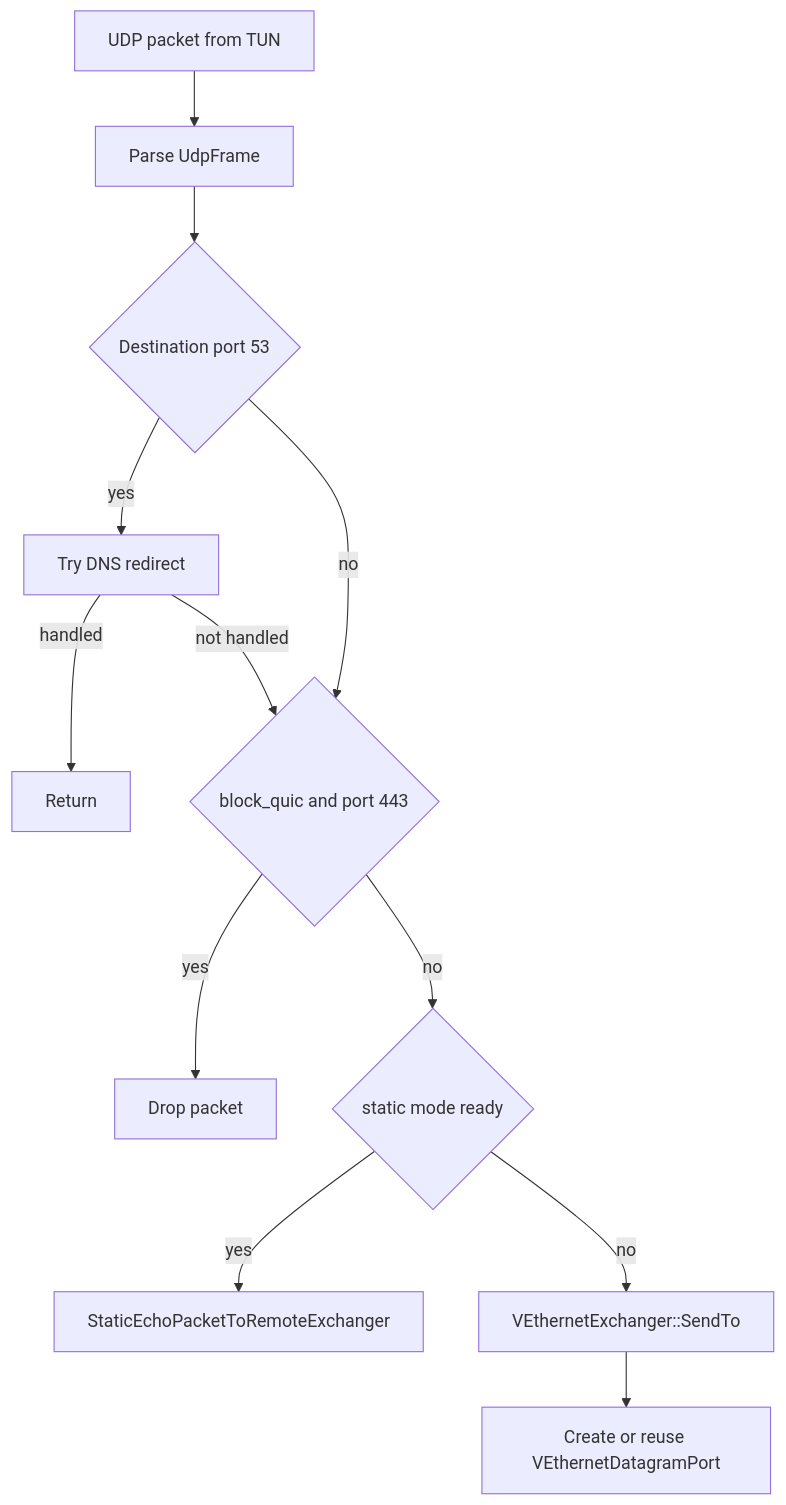
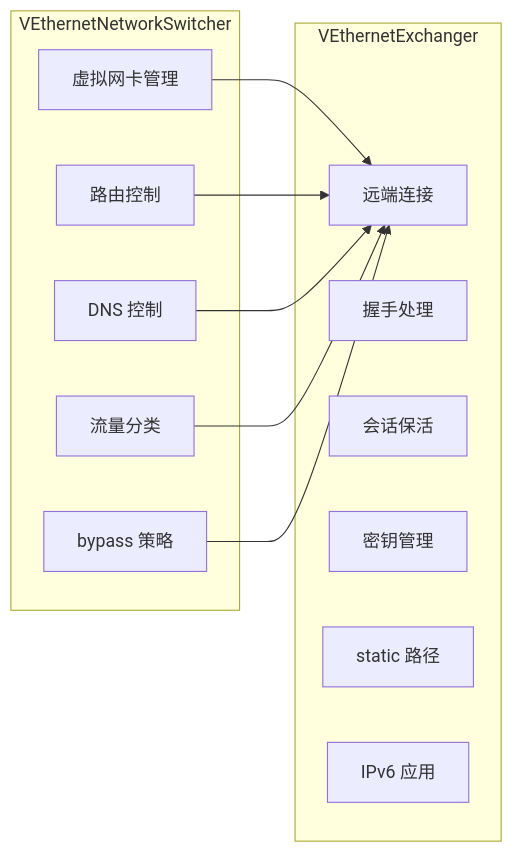
Before and after one commit to HyacinthHaru/openppp2: the second of 12 diagrams in docs/CLIENT_ARCHITECTURE_CN.md, drawn with Mermaid. The commit also changed other lines of this file and 31 other files, not shown here.

````diff
--- a/docs/CLIENT_ARCHITECTURE_CN.md
+++ b/docs/CLIENT_ARCHITECTURE_CN.md
@@ -205,14 +69,25 @@
 ```mermaid
-flowchart TD
-    A[UDP packet from TUN] --> B[Parse UdpFrame]
-    B --> C{Destination port 53}
-    C -- yes --> D[Try DNS redirect]
-    D -->|handled| E[Return]
-    D -->|not handled| F
-    C -- no --> F{block_quic and port 443}
-    F -- yes --> G[Drop packet]
-    F -- no --> H{static mode ready}
-    H -- yes --> I[StaticEchoPacketToRemoteExchanger]
-    H -- no --> J[VEthernetExchanger::SendTo]
-    J --> K[Create or reuse VEthernetDatagramPort]
+flowchart LR
+    subgraph VEthernetNetworkSwitcher
+        A[虚拟网卡管理]
+        B[路由控制]
+        C[DNS 控制]
+        D[流量分类]
+        E[bypass 策略]
+    end
+    
+    subgraph VEthernetExchanger
+        F[远端连接]
+        G[握手处理]
+        H[会话保活]
+        I[密钥管理]
+        J[static 路径]
+        K[IPv6 应用]
+    end
+    
+    A --> F
+    B --> F
+    C --> F
+    D --> F
+    E --> F
 ```
````
